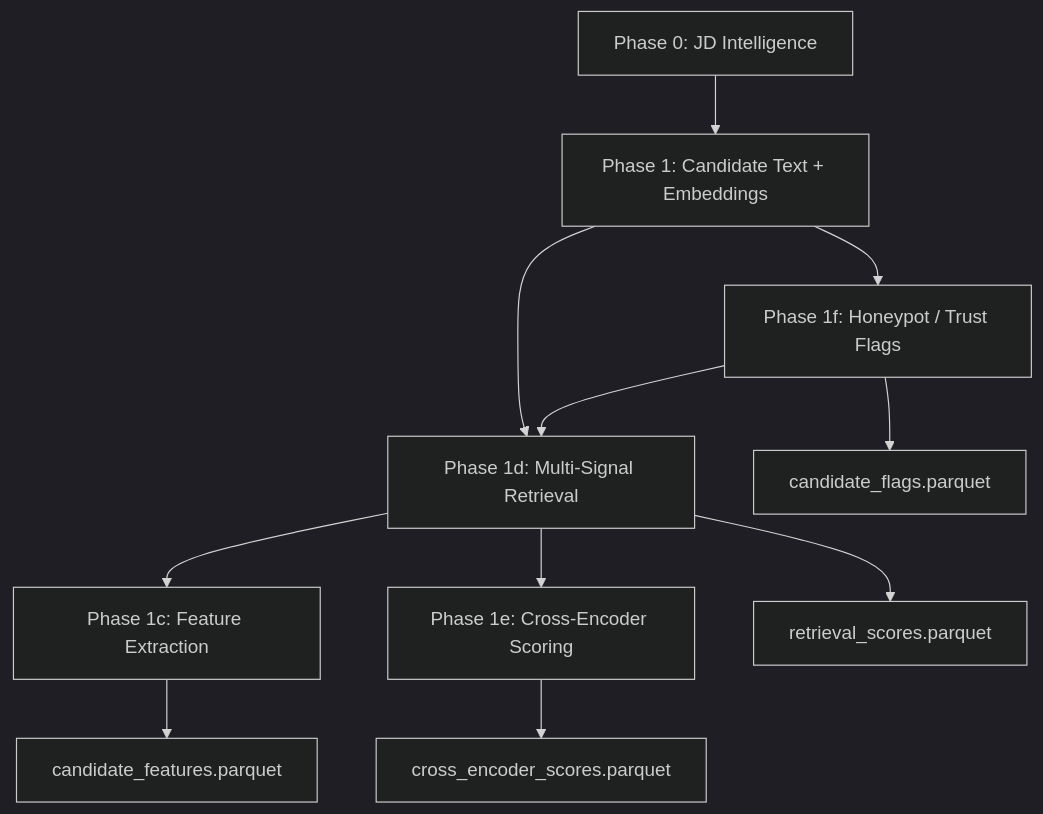
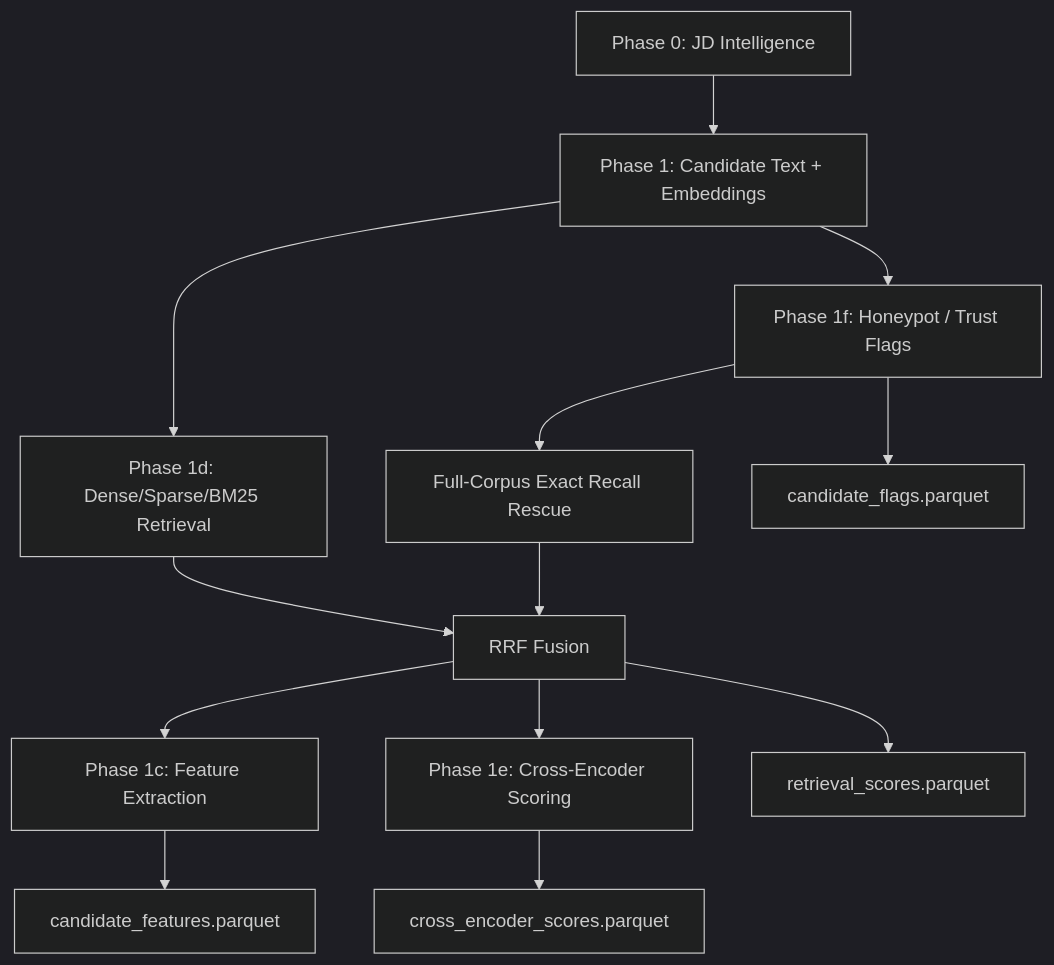
The second of 5 diagrams in docs/ARCHITECTURE.md (sathvik1610/evidence-rank), drawn with Mermaid (dark theme) before and after one commit. The commit also changed other lines of this file and 8 other files, not shown here.

````diff
--- a/docs/ARCHITECTURE.md
+++ b/docs/ARCHITECTURE.md
@@ -39,13 +39,15 @@
 ```mermaid
 flowchart TD
     A["Phase 0: JD Intelligence"] --> B["Phase 1: Candidate Text + Embeddings"]
     B --> C["Phase 1f: Honeypot / Trust Flags"]
-    B --> D["Phase 1d: Multi-Signal Retrieval"]
-    C --> D
-    D --> E["Phase 1c: Feature Extraction"]
-    D --> F["Phase 1e: Cross-Encoder Scoring"]
-    E --> G["candidate_features.parquet"]
-    F --> H["cross_encoder_scores.parquet"]
-    D --> I["retrieval_scores.parquet"]
-    C --> J["candidate_flags.parquet"]
+    B --> D["Phase 1d: Dense/Sparse/BM25 Retrieval"]
+    C --> E["Full-Corpus Exact Recall Rescue"]
+    D --> F["RRF Fusion"]
+    E --> F
+    F --> G["Phase 1c: Feature Extraction"]
+    F --> H["Phase 1e: Cross-Encoder Scoring"]
+    G --> I["candidate_features.parquet"]
+    H --> J["cross_encoder_scores.parquet"]
+    F --> K["retrieval_scores.parquet"]
+    C --> L["candidate_flags.parquet"]
 ```
````
